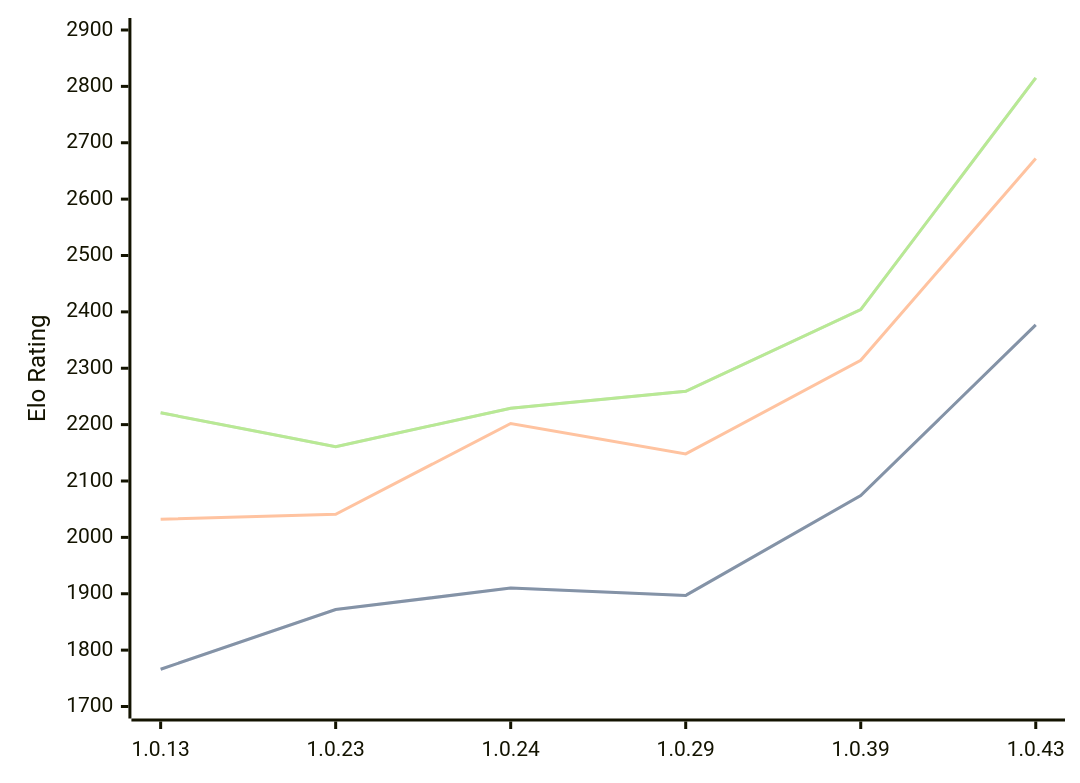
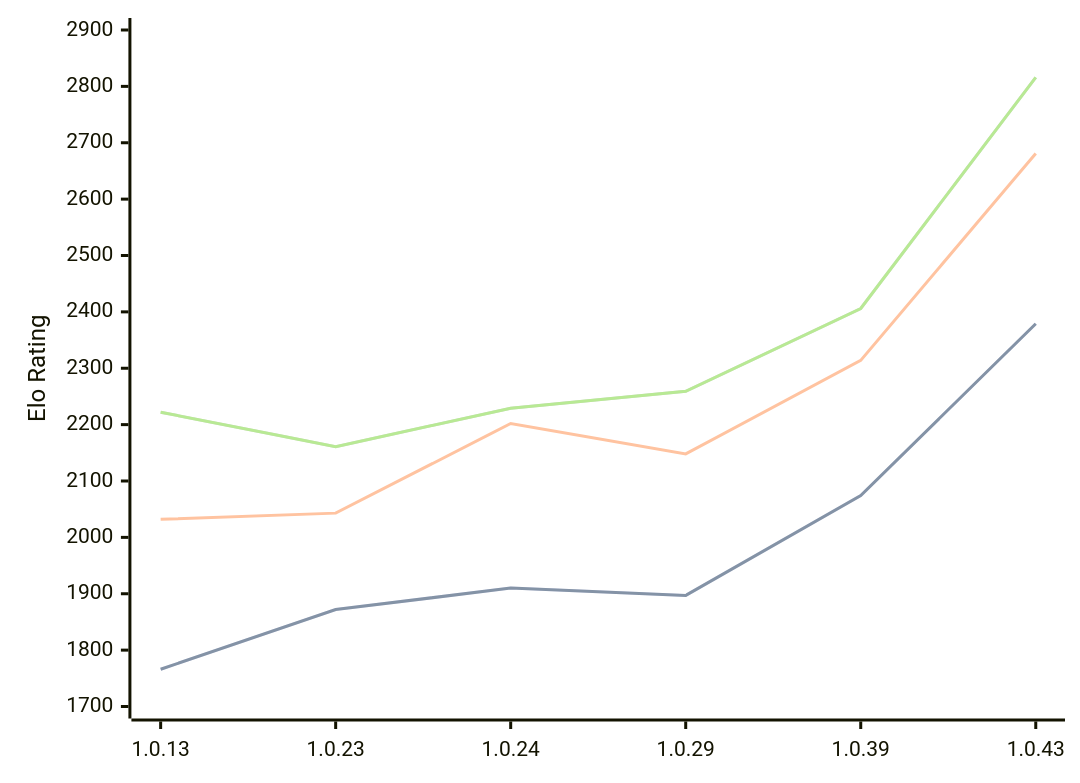
One commit to computer-chess-index/cci changed the third of 3 diagrams in engines/RustyRival.md. Above: the diagram before and after it, drawn with Mermaid. The commit also changed other lines of this file, not shown here.

Commit message:
Update CCI Ratings (ELO VLTC) - 2026-07-08

````diff
--- a/engines/RustyRival.md
+++ b/engines/RustyRival.md
@@ -101,11 +101,11 @@
 ```mermaid
 %%{init: {"theme":"base","themeVariables":{"seriesColors:['#a3a3a3','#222221','#faa371']}}}%%
 xychart-beta
   x-axis ["1.0.13", "1.0.23", "1.0.24", "1.0.29", "1.0.39", "1.0.43"]
   y-axis "Elo Rating" 1700 --> 2900
-  line "STC (8.0+0.08s)" [1766, 1872, 1910, 1897, 2074, 2377]
-  line "STC (8.0+0.08s)" [1766, 1872, 1910, 1897, 2074, 2377]
-  line "LTC (60.0+0.60s)" [2032, 2041, 2202, 2148, 2314, 2672]
-  line "VLTC (2m24s+1.12s)" [2221, 2161, 2229, 2259, 2404, 2815]
-  line "VLTC (2m24s+1.12s)" [2221, 2161, 2229, 2259, 2404, 2815]
+  line "STC (8.0+0.08s)" [1766, 1872, 1910, 1897, 2074, 2379]
+  line "STC (8.0+0.08s)" [1766, 1872, 1910, 1897, 2074, 2379]
+  line "LTC (60.0+0.60s)" [2032, 2043, 2202, 2148, 2314, 2681]
+  line "VLTC (2m24s+1.12s)" [2222, 2161, 2229, 2259, 2406, 2816]
+  line "VLTC (2m24s+1.12s)" [2222, 2161, 2229, 2259, 2406, 2816]
 ```
````
